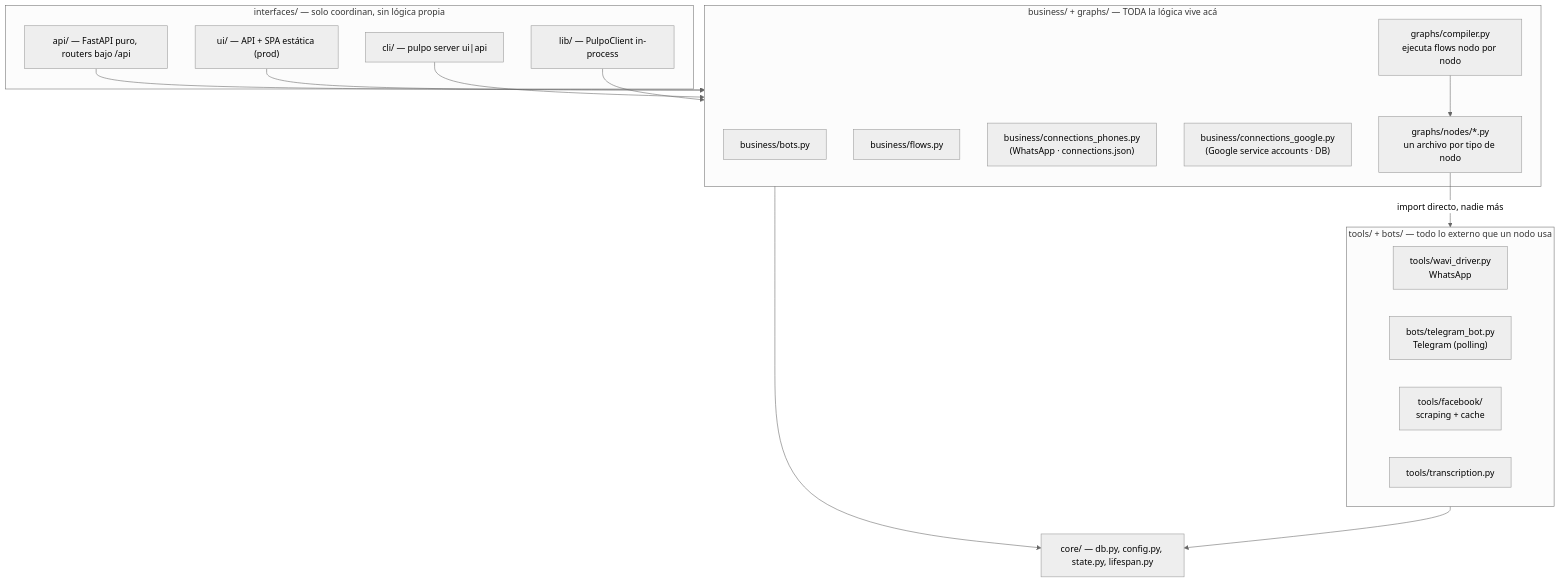
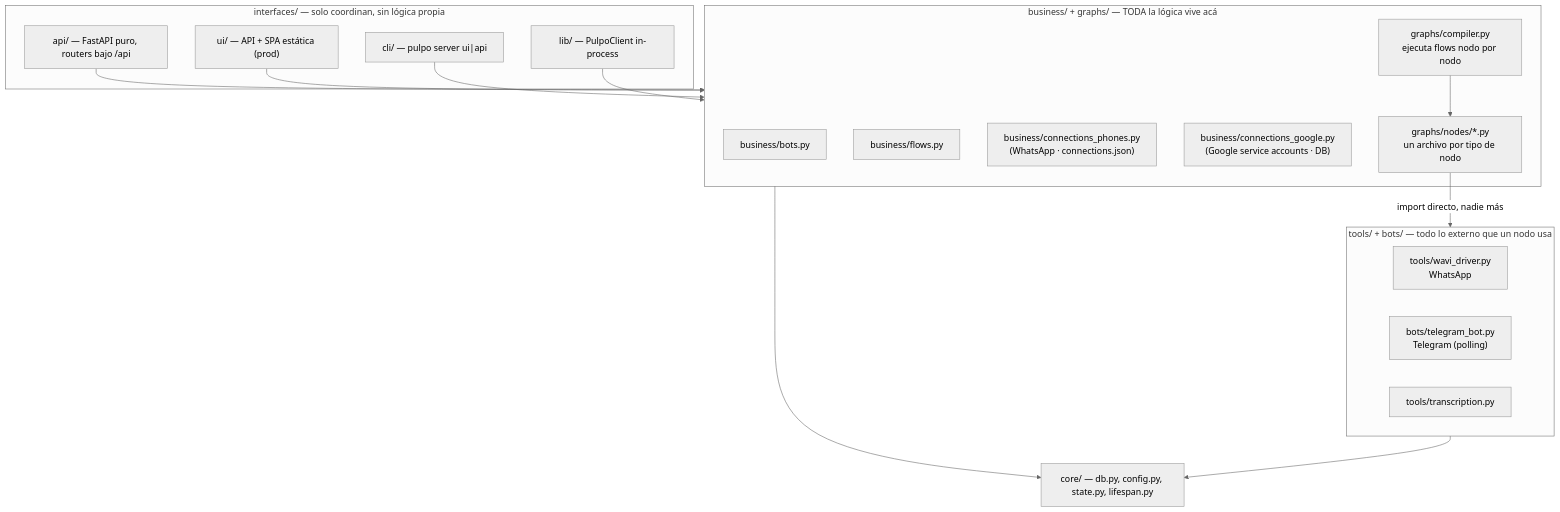
The first of 2 diagrams in docs/adr/007-diagramas-arquitectura.md (josetabuyo/pulpo), drawn with Mermaid (neutral theme) before and after one commit. The commit also changed other lines of this file and 51 other files, not shown here.

````diff
--- a/docs/adr/007-diagramas-arquitectura.md
+++ b/docs/adr/007-diagramas-arquitectura.md
@@ -56,37 +58,36 @@
 ```mermaid
 graph TD
   subgraph Interfaces["interfaces/ — solo coordinan, sin lógica propia"]
     API["api/ — FastAPI puro, routers bajo /api"]
     UI["ui/ — API + SPA estática (prod)"]
     CLI["cli/ — pulpo server ui|api"]
     LIB["lib/ — PulpoClient in-process"]
   end
 
   subgraph Domain["business/ + graphs/ — TODA la lógica vive acá"]
     BOTS_SVC["business/bots.py"]
     FLOWS_SVC["business/flows.py"]
     CONN_PHONES["business/connections_phones.py<br/>(WhatsApp · connections.json)"]
     CONN_GOOGLE["business/connections_google.py<br/>(Google service accounts · DB)"]
     COMPILER["graphs/compiler.py<br/>ejecuta flows nodo por nodo"]
     NODES["graphs/nodes/*.py<br/>un archivo por tipo de nodo"]
   end
 
   subgraph External["tools/ + bots/ — todo lo externo que un nodo usa"]
     WAVI["tools/wavi_driver.py<br/>WhatsApp"]
     TELEGRAM["bots/telegram_bot.py<br/>Telegram (polling)"]
-    FB["tools/facebook/<br/>scraping + cache"]
     TRANSCRIBE["tools/transcription.py"]
   end
 
   CORE["core/ — db.py, config.py, state.py, lifespan.py"]
 
   API --> Domain
   UI --> Domain
   CLI --> Domain
   LIB --> Domain
 
   COMPILER --> NODES
   NODES -->|"import directo, nadie más"| External
   Domain --> CORE
   External --> CORE
 ```
````
